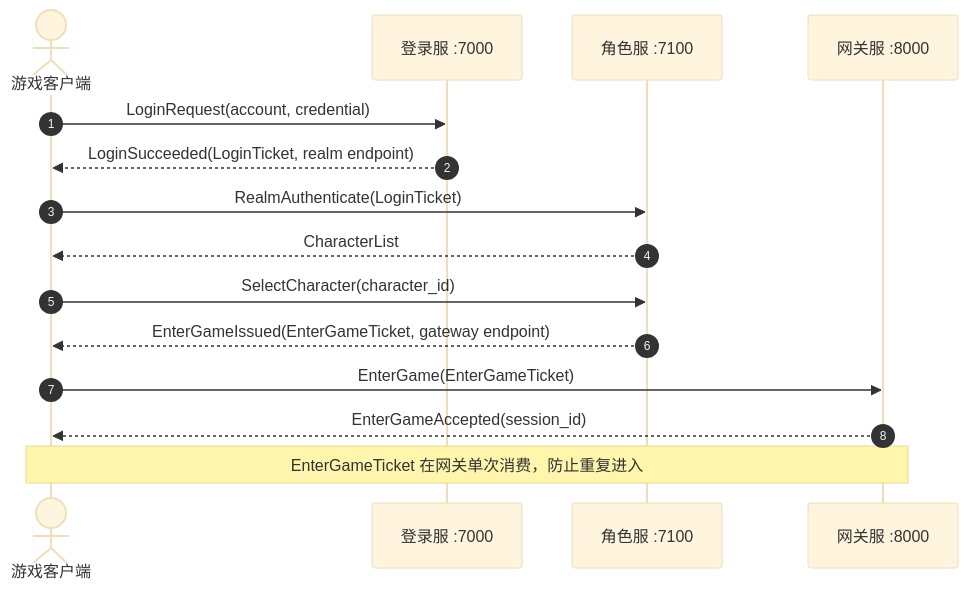
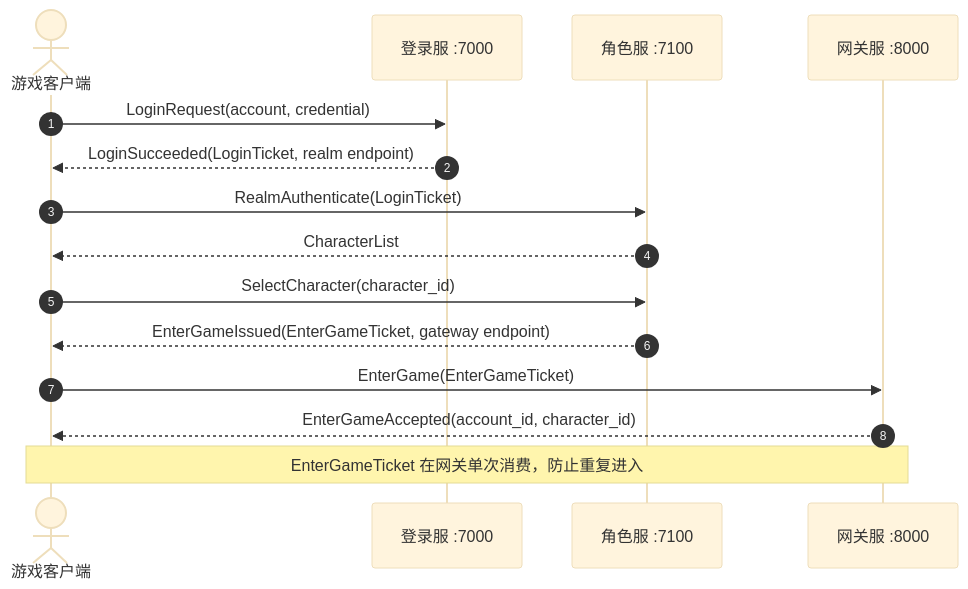
The second of 4 diagrams in docs/architecture.md (lvivvde/RealmMesh), drawn with Mermaid (base theme) before and after one commit. The commit also changed other lines of this file and 16 other files, not shown here.

````diff
--- a/docs/architecture.md
+++ b/docs/architecture.md
@@ -70,18 +70,18 @@
 ```mermaid
 sequenceDiagram
     autonumber
     actor Client as 游戏客户端
     participant Login as 登录服 :7000
     participant Realm as 角色服 :7100
     participant Gateway as 网关服 :8000
 
     Client->>Login: LoginRequest(account, credential)
     Login-->>Client: LoginSucceeded(LoginTicket, realm endpoint)
     Client->>Realm: RealmAuthenticate(LoginTicket)
     Realm-->>Client: CharacterList
     Client->>Realm: SelectCharacter(character_id)
     Realm-->>Client: EnterGameIssued(EnterGameTicket, gateway endpoint)
     Client->>Gateway: EnterGame(EnterGameTicket)
-    Gateway-->>Client: EnterGameAccepted(session_id)
+    Gateway-->>Client: EnterGameAccepted(account_id, character_id)
     Note over Client,Gateway: EnterGameTicket 在网关单次消费，防止重复进入
 ```
````
